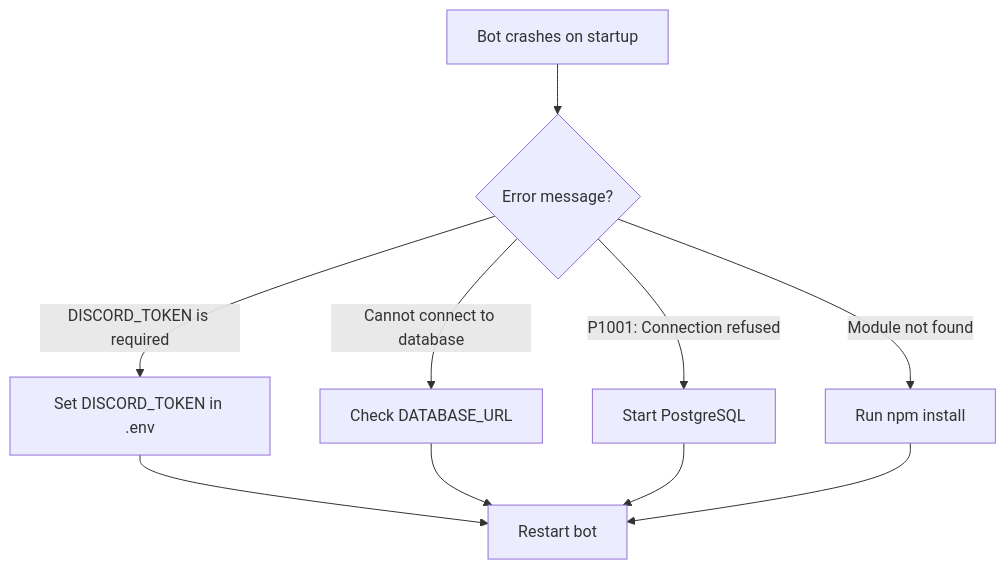
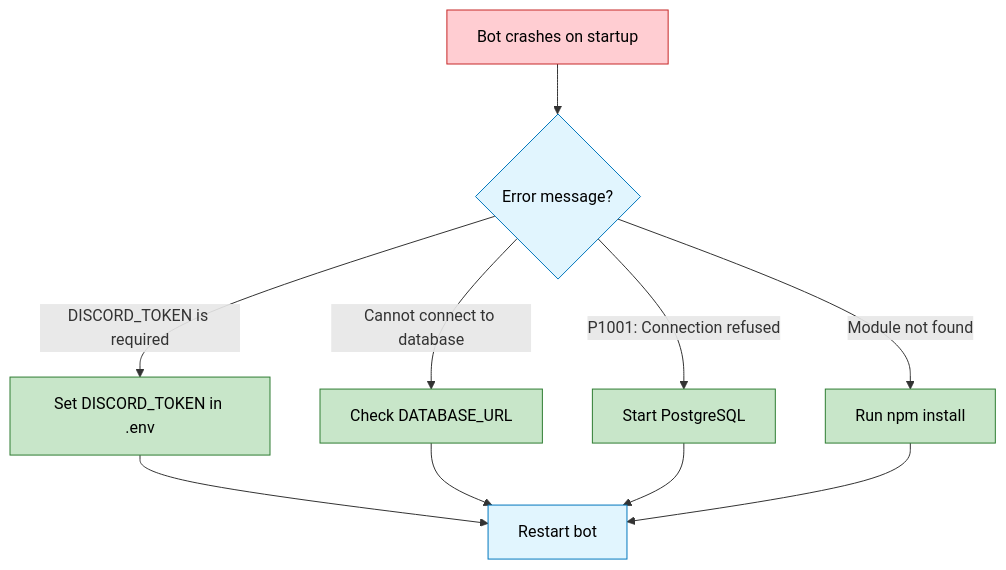
The diagram in docs/TROUBLESHOOTING.md (BokX1/Sage), drawn with Mermaid before and after one commit. The commit also changed 10 other files, not shown here.

````diff
--- a/docs/TROUBLESHOOTING.md
+++ b/docs/TROUBLESHOOTING.md
@@ -27,12 +27,17 @@
 ```mermaid
 flowchart TD
-    A[Bot crashes on startup] --> B{Error message?}
-    B -->|DISCORD_TOKEN is required| C[Set DISCORD_TOKEN in .env]
-    B -->|Cannot connect to database| D[Check DATABASE_URL]
-    B -->|P1001: Connection refused| E[Start PostgreSQL]
-    B -->|Module not found| F[Run npm install]
-    C --> G[Restart bot]
+    %% Styling
+    classDef error fill:#ffcdd2,stroke:#c62828,color:black
+    classDef fix fill:#c8e6c9,stroke:#2e7d32,color:black
+    classDef check fill:#e1f5fe,stroke:#0277bd,color:black
+
+    A[Bot crashes on startup]:::error --> B{Error message?}:::check
+    B -->|DISCORD_TOKEN is required| C[Set DISCORD_TOKEN in .env]:::fix
+    B -->|Cannot connect to database| D[Check DATABASE_URL]:::fix
+    B -->|P1001: Connection refused| E[Start PostgreSQL]:::fix
+    B -->|Module not found| F[Run npm install]:::fix
+    C --> G[Restart bot]:::check
     D --> G
     E --> G
     F --> G
 ```
````
